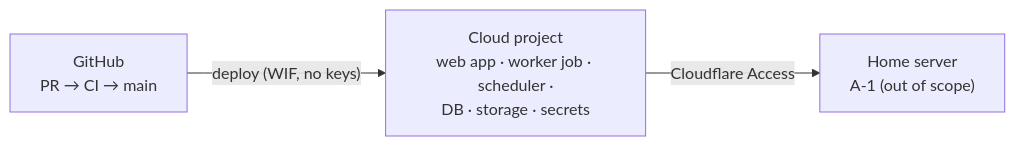
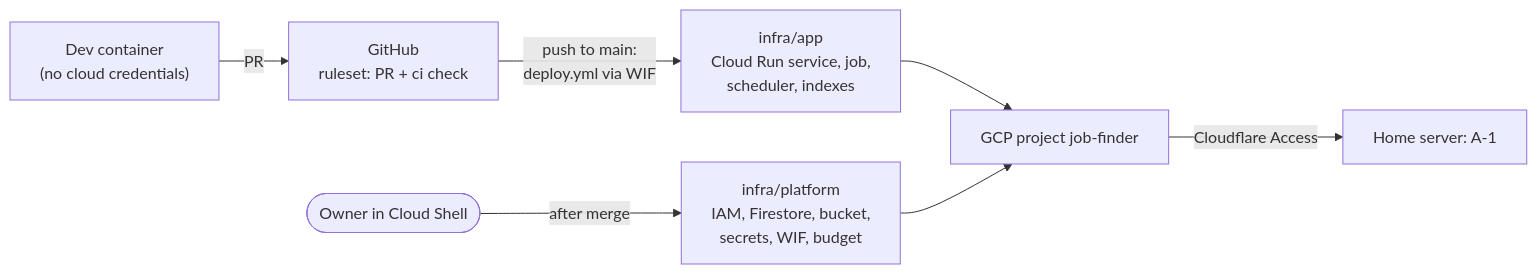
The fifth of 5 diagrams in docs/architecture.md (ArtemenkoAndrii/job-assistant), drawn with Mermaid before and after one commit. The commit also changed other lines of this file and 2 other files, not shown here.

First line of the commit message:
Architecture v1: consolidate ADR-0004 to ADR-0011 (#65)

````diff
--- a/docs/architecture.md
+++ b/docs/architecture.md
@@ -199,5 +207,9 @@
 ```mermaid
 flowchart LR
-    gh["GitHub<br/>PR → CI → main"] -- "deploy (WIF, no keys)" --> cloud["Cloud project<br/>web app · worker job · scheduler ·<br/>DB · storage · secrets"]
-    cloud -- "Cloudflare Access" --> home["Home server<br/>A-1 (out of scope)"]
+    dev["Dev container<br/>(no cloud credentials)"] -- "PR" --> gh["GitHub<br/>ruleset: PR + ci check"]
+    gh -- "push to main:<br/>deploy.yml via WIF" --> app["infra/app<br/>Cloud Run service, job,<br/>scheduler, indexes"]
+    owner(["Owner in Cloud Shell"]) -- "after merge" --> platform["infra/platform<br/>IAM, Firestore, bucket,<br/>secrets, WIF, budget"]
+    app --> gcp["GCP project job-finder"]
+    platform --> gcp
+    gcp -- "Cloudflare Access" --> home["Home server: A-1"]
 ```
````
